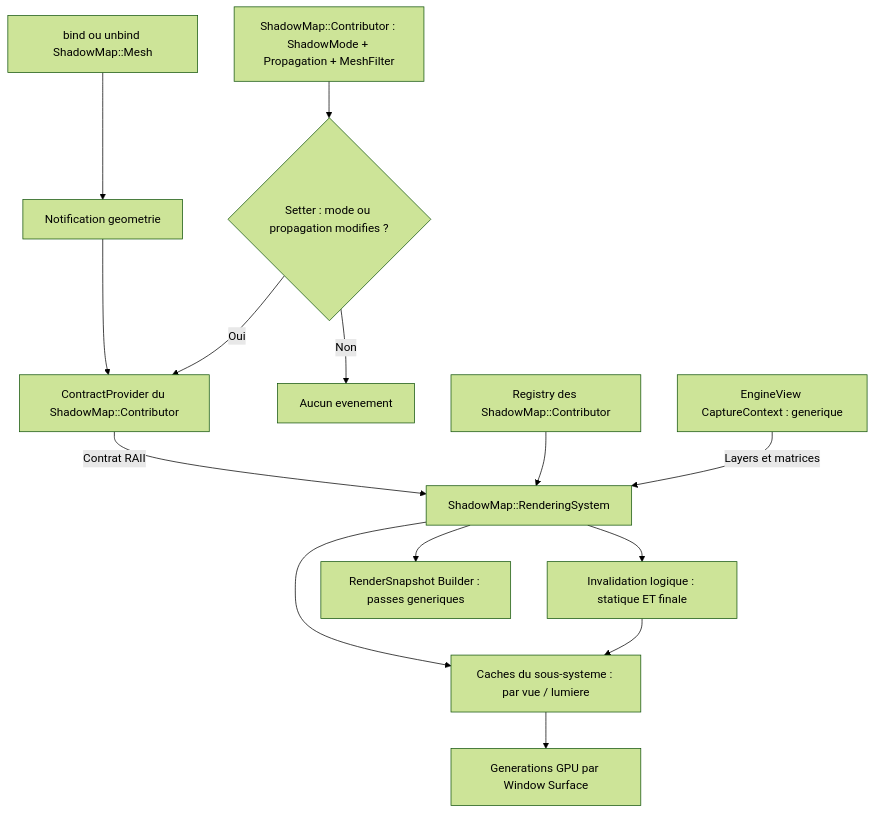
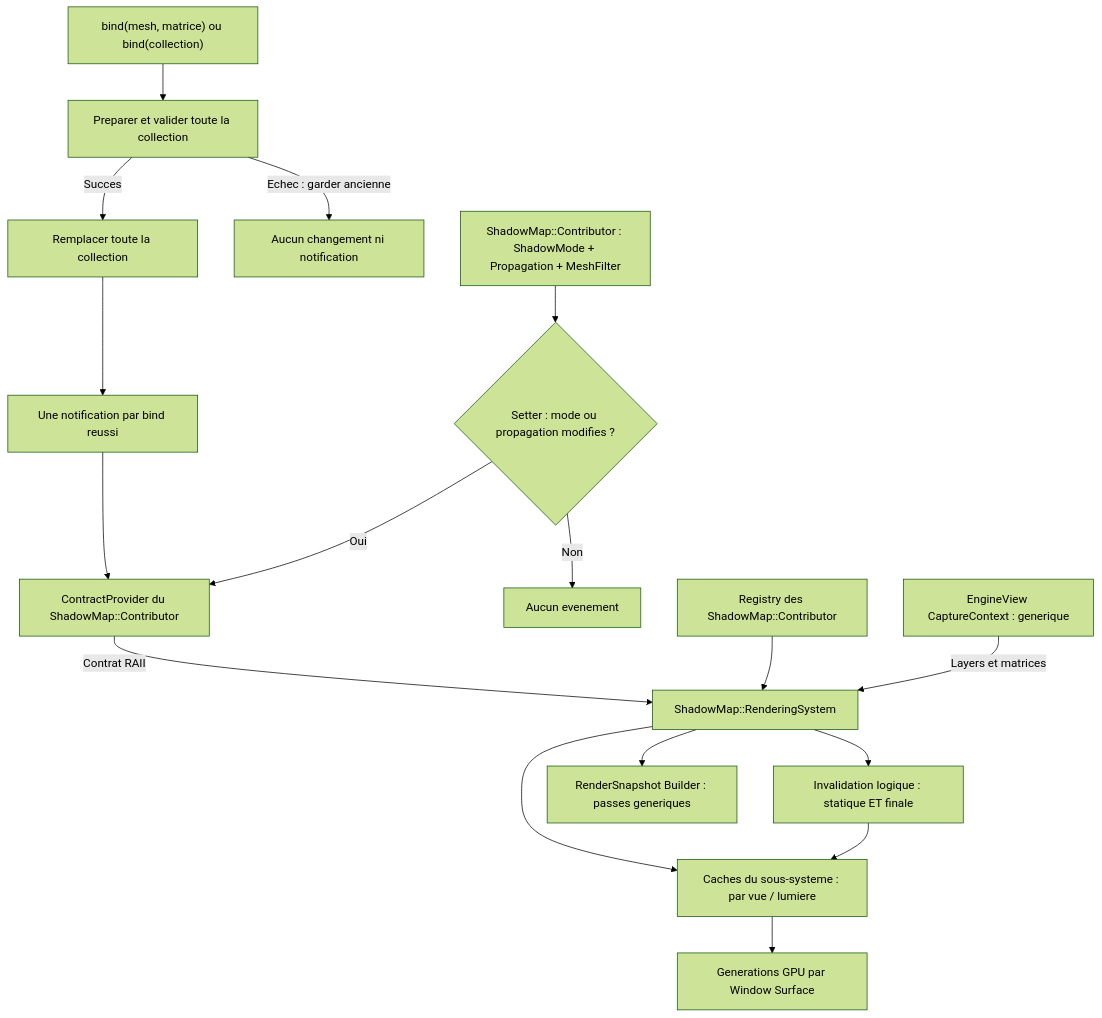
Before and after one commit to EreliaStudio/Sparkle: diagram 15 of 23 in docs/voxel-engine-v0.1.4-specification.md, drawn with Mermaid (forest theme). The commit also changed other lines of this file, not shown here.

Commit message:
docs(v0.1.4): update shadow binding diagrams, animation sequence and A1 acceptance tests

````diff
--- a/docs/voxel-engine-v0.1.4-specification.md
+++ b/docs/voxel-engine-v0.1.4-specification.md
@@ -1181,16 +1215,19 @@
 ```mermaid
 flowchart TD
   Source["ShadowMap::Contributor : ShadowMode + Propagation + MeshFilter"] --> Change{"Setter : mode ou propagation modifies ?"}
-  Bind["bind ou unbind ShadowMap::Mesh"] --> Geom["Notification geometrie"]
+  Bind["bind(mesh, matrice) ou bind(collection)"] --> Validate["Preparer et valider toute la collection"]
+  Validate -->|"Echec : garder ancienne"| Failure["Aucun changement ni notification"]
+  Validate -->|"Succes"| Swap["Remplacer toute la collection"]
+  Swap --> Geom["Une notification par bind reussi"]
   Geom --> Provider
   Change -->|"Non"| Nothing["Aucun evenement"]
   Change -->|"Oui"| Provider["ContractProvider du ShadowMap::Contributor"]
   Provider -->|"Contrat RAII"| S["ShadowMap::RenderingSystem"]
   S --> Cache["Invalidation logique : statique ET finale"]
   Registry["Registry des ShadowMap::Contributor"] --> S
   S --> PerView["Caches du sous-systeme : par vue / lumiere"]
   PerView --> Surface["Generations GPU par Window Surface"]
   Cache --> PerView
   Context["EngineView CaptureContext : generique"] -->|"Layers et matrices"| S
   S --> Builder["RenderSnapshot Builder : passes generiques"]
 ```
````
